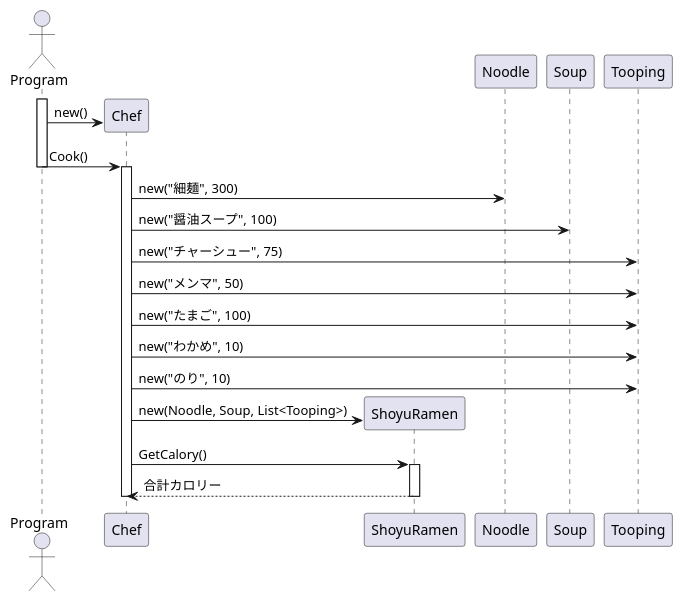
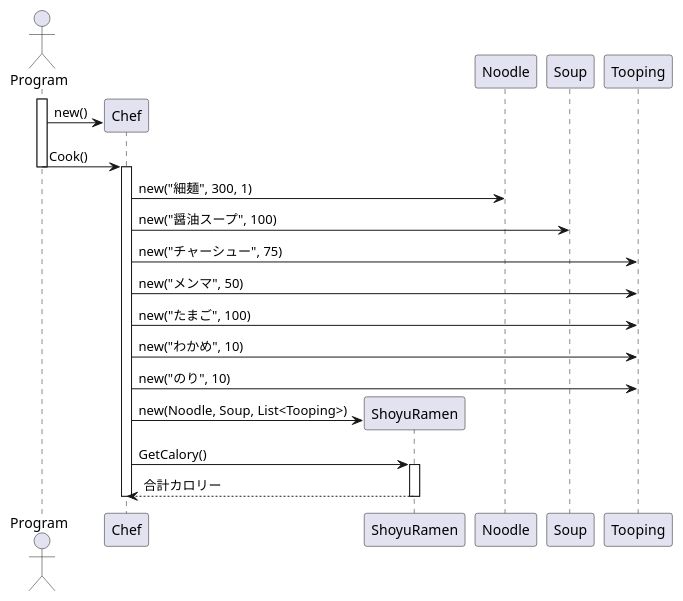
One commit to harima-molgroup/test changed the diagram in Education/Ramen/docs/ver0_醤油ラーメン シーケンス図.uml.md. Above: the diagram before and after it, drawn with PlantUML. The commit also changed 1 other file, not shown here.

Commit message:
麺の太さ追加

````diff
--- a/Education/Ramen/docs/ver0_醤油ラーメン シーケンス図.uml.md
+++ b/Education/Ramen/docs/ver0_醤油ラーメン シーケンス図.uml.md
@@ -1,43 +1,43 @@
 ```uml
 @startuml 醤油ラーメンシーケンス図
 
 actor Program
 participant Chef
 participant ShoyuRamen
 participant Noodle
 participant Soup
 participant Tooping
 
 activate Program
 
 create Chef
 Program -> Chef : new()
 Program -> Chef : Cook()
 
 deactivate Program
 
 activate Chef
 
-Chef -> Noodle : new("細麺", 300)
+Chef -> Noodle : new("細麺", 300, 1)
 Chef -> Soup : new("醤油スープ", 100)
 Chef -> Tooping : new("チャーシュー", 75)
 Chef -> Tooping : new("メンマ", 50)
 Chef -> Tooping : new("たまご", 100)
 Chef -> Tooping : new("わかめ", 10)
 Chef -> Tooping : new("のり", 10)
 
 create ShoyuRamen
 Chef -> ShoyuRamen : new(Noodle, Soup, List<Tooping>)
 
 Chef -> ShoyuRamen : GetCalory()
 
 activate ShoyuRamen
 
 ShoyuRamen --> Chef : 合計カロリー
 
 deactivate ShoyuRamen
 
 deactivate Chef
 
 @enduml
 ```
````
